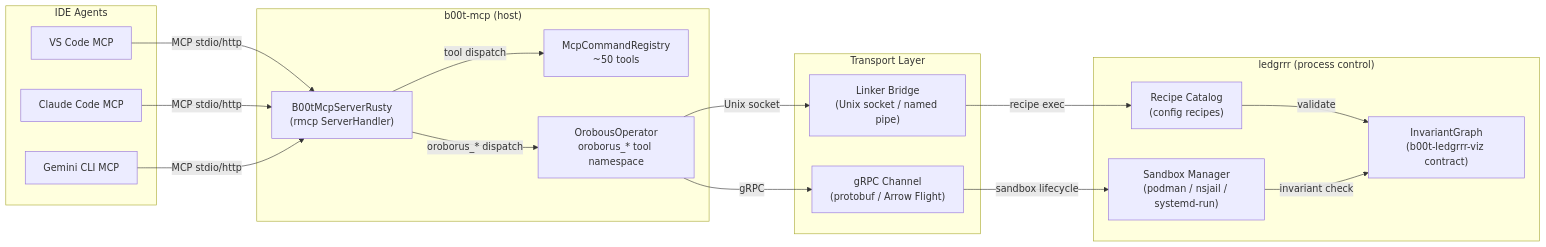
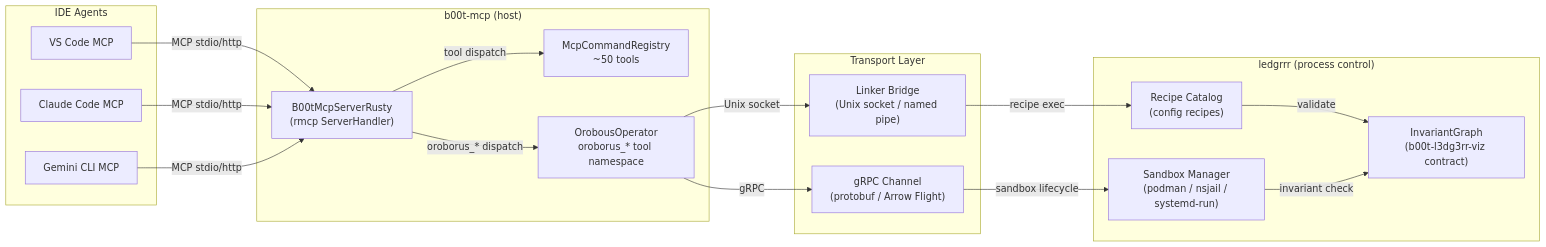
Before and after one commit to elasticdotventures/_b00t_: the diagram in _b00t_/oroborus-operator.sdd.md, drawn with Mermaid. The commit also changed other lines of this file and 8 other files, not shown here.

First line of the commit message:
feat(viz): consolidate SVG pipeline, add Mermaid to training, deprecate Slint

````diff
--- a/_b00t_/oroborus-operator.sdd.md
+++ b/_b00t_/oroborus-operator.sdd.md
@@ -11,37 +11,37 @@
 ```mermaid
 flowchart LR
   subgraph "IDE Agents"
     V["VS Code MCP"]
     C["Claude Code MCP"]
     G["Gemini CLI MCP"]
   end
 
   subgraph "b00t-mcp (host)"
     R["B00tMcpServerRusty\n(rmcp ServerHandler)"]
     REG["McpCommandRegistry\n~50 tools"]
     O["OrobousOperator\noroborus_* tool namespace"]
   end
 
   subgraph "Transport Layer"
     L["Linker Bridge\n(Unix socket / named pipe)"]
     GRPC["gRPC Channel\n(protobuf / Arrow Flight)"]
   end
 
   subgraph "ledgrrr (process control)"
     RC["Recipe Catalog\n(config recipes)"]
     SB["Sandbox Manager\n(podman / nsjail / systemd-run)"]
-    IV["InvariantGraph\n(b00t-ledgrrr-viz contract)"]
+    IV["InvariantGraph\n(b00t-l3dg3rr-viz contract)"]
   end
 
   V -->|MCP stdio/http| R
   C -->|MCP stdio/http| R
   G -->|MCP stdio/http| R
   R -->|tool dispatch| REG
   R -->|oroborus_* dispatch| O
   O -->|Unix socket| L
   O -->|gRPC| GRPC
   L -->|recipe exec| RC
   GRPC -->|sandbox lifecycle| SB
   RC -->|validate| IV
   SB -->|invariant check| IV
 ```
````
